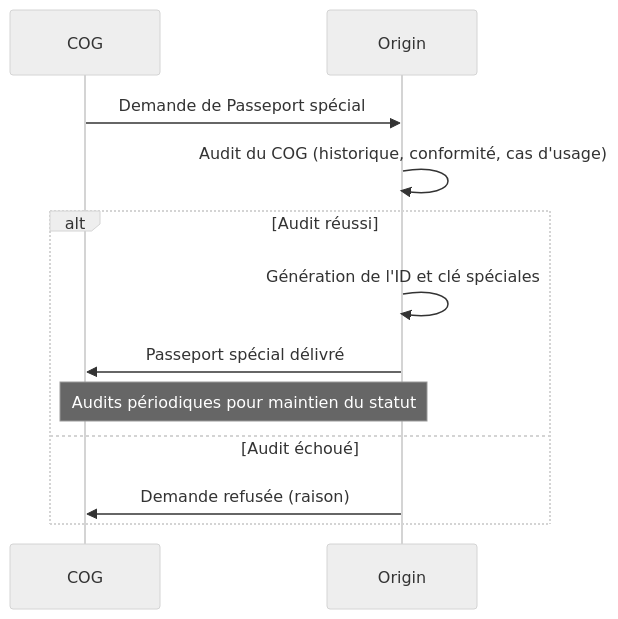
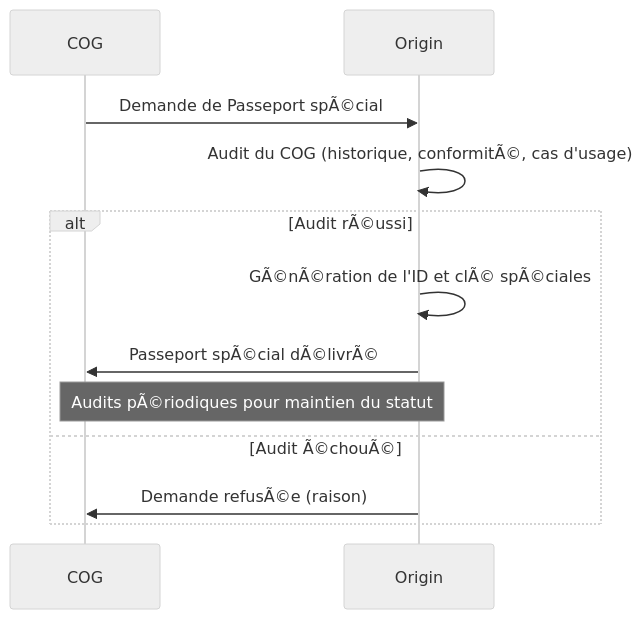
One commit to StudioMiyukini/miyukini_cog changed the third of 7 diagrams in docs/miyukini-webway-system/verification/MWS - Passeport et Visa.md. Above: the diagram before and after it, drawn with Mermaid (neutral theme). The commit also changed other lines of this file and 1287 other files, not shown here.

````diff
--- a/docs/miyukini-webway-system/verification/MWS - Passeport et Visa.md
+++ b/docs/miyukini-webway-system/verification/MWS - Passeport et Visa.md
@@ -326,15 +326,15 @@
 ```mermaid
 sequenceDiagram
     participant COG as COG
     participant O as Origin
 
-    COG->>O: Demande de Passeport spécial
-    O->>O: Audit du COG (historique, conformité, cas d'usage)
-    alt Audit réussi
-        O->>O: Génération de l'ID et clé spéciales
-        O->>COG: Passeport spécial délivré
-        Note over COG,O: Audits périodiques pour maintien du statut
-    else Audit échoué
-        O->>COG: Demande refusée (raison)
+    COG->>O: Demande de Passeport spÃ©cial
+    O->>O: Audit du COG (historique, conformitÃ©, cas d'usage)
+    alt Audit rÃ©ussi
+        O->>O: GÃ©nÃ©ration de l'ID et clÃ© spÃ©ciales
+        O->>COG: Passeport spÃ©cial dÃ©livrÃ©
+        Note over COG,O: Audits pÃ©riodiques pour maintien du statut
+    else Audit Ã©chouÃ©
+        O->>COG: Demande refusÃ©e (raison)
     end
 ```
````
